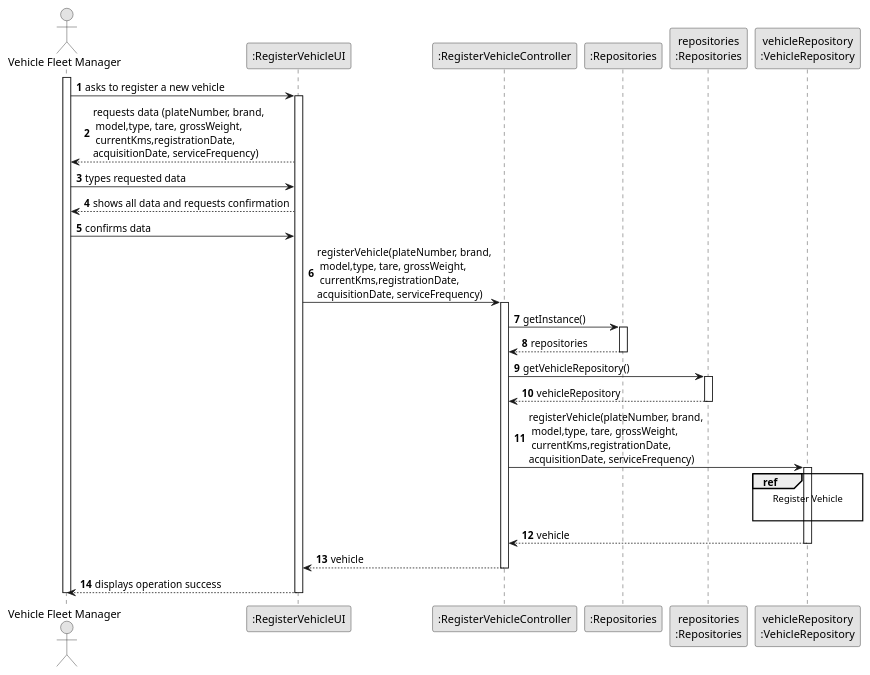
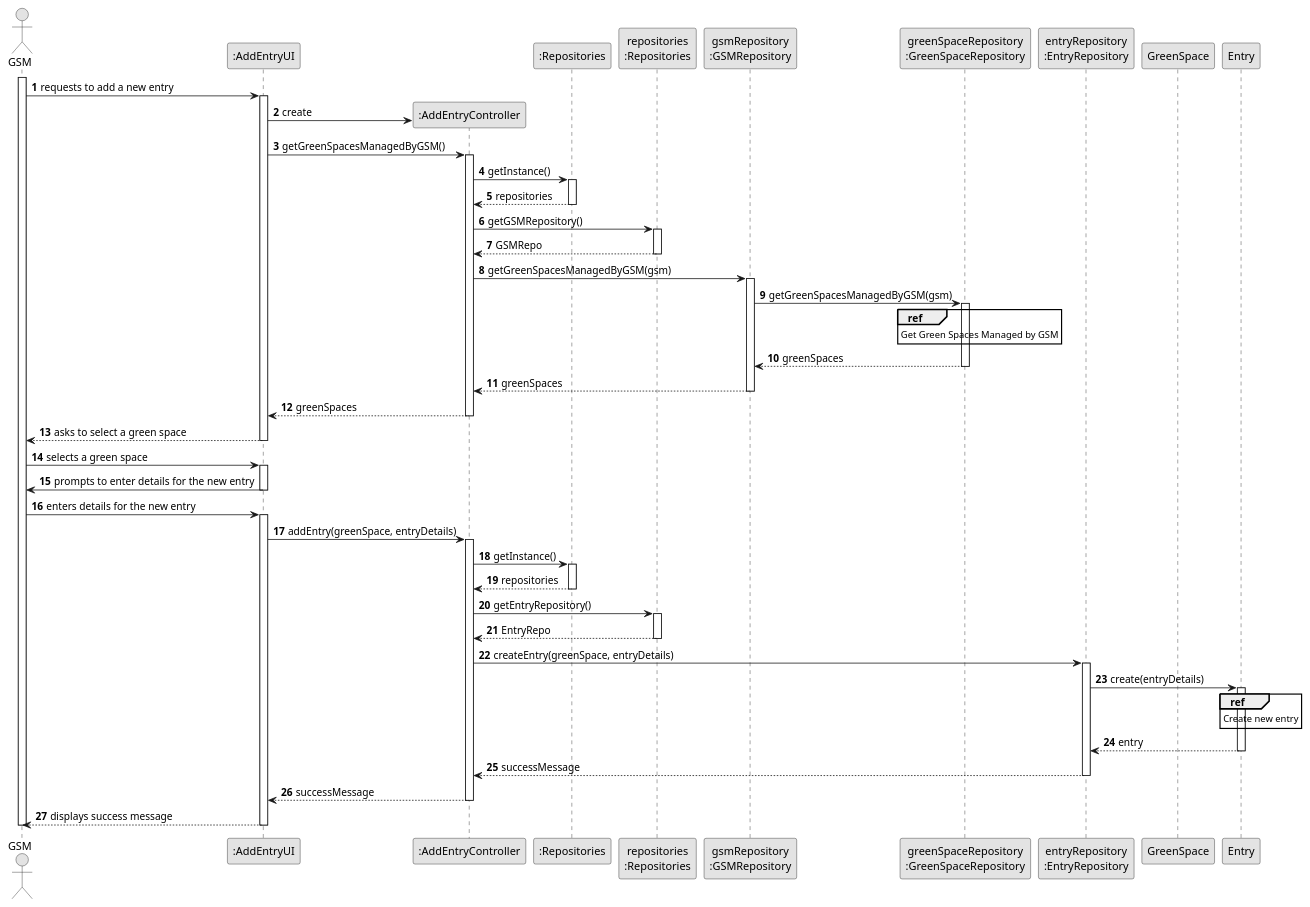
One commit to diogoveirospro/lei-24-s2-1dg-g072 changed the diagram in docs/sprintC/us021/03.design/puml/us021-sequence-diagram-split.puml. Above: the diagram before and after it, drawn with PlantUML. The commit also changed 5 other files, not shown here.

Commit message:
US20 21 and 29 split diagram

```diff
--- a/docs/sprintC/us021/03.design/puml/us021-sequence-diagram-split.puml
+++ b/docs/sprintC/us021/03.design/puml/us021-sequence-diagram-split.puml
@@ -1,61 +1,109 @@
 @startuml
 skinparam monochrome true
 skinparam packageStyle rectangle
 skinparam shadowing false
 
 autonumber
 
-'hide footbox
-actor "Vehicle Fleet Manager" as ADM
-participant ":RegisterVehicleUI" as UI
-participant ":RegisterVehicleController" as CTRL
+actor "GSM" as GSM
+participant ":AddEntryUI" as UI
+participant ":AddEntryController" as CTRL
 participant ":Repositories" as RepositorySingleton
-participant "repositories\n:Repositories" as PLAT
-participant "vehicleRepository\n:VehicleRepository" as VehicleRepository
-activate ADM
+participant "repositories\n:Repositories" as REP
+participant "gsmRepository\n:GSMRepository" as GSMRepo
+participant "greenSpaceRepository\n:GreenSpaceRepository" as GreenSpaceRepo
+participant "entryRepository\n:EntryRepository" as EntryRepo
+participant "GreenSpace" as GreenSpace
+participant "Entry" as Entry
 
-        ADM -> UI : asks to register a new vehicle
+activate GSM
 
-        activate UI
+GSM -> UI : requests to add a new entry
+activate UI
 
-            UI --> ADM : requests data (plateNumber, brand,\n model,type, tare, grossWeight,\n currentKms,registrationDate,\nacquisitionDate, serviceFrequency)
+UI -> CTRL** : create
+UI -> CTRL : getGreenSpacesManagedByGSM()
+    activate CTRL
 
-            ADM -> UI : types requested data
+    CTRL -> RepositorySingleton : getInstance()
+        activate RepositorySingleton
 
-            UI --> ADM : shows all data and requests confirmation
+        RepositorySingleton --> CTRL : repositories
+        deactivate RepositorySingleton
 
-            ADM -> UI : confirms data
+    CTRL -> REP : getGSMRepository()
+        activate REP
 
-            UI -> CTRL : registerVehicle(plateNumber, brand,\n model,type, tare, grossWeight,\n currentKms,registrationDate,\nacquisitionDate, serviceFrequency)
-            activate CTRL
+        REP --> CTRL : GSMRepo
+        deactivate REP
 
-                CTRL -> RepositorySingleton : getInstance()
-                activate RepositorySingleton
+    CTRL -> GSMRepo : getGreenSpacesManagedByGSM(gsm)
+        activate GSMRepo
 
-                    RepositorySingleton --> CTRL: repositories
-                deactivate RepositorySingleton
+        GSMRepo -> GreenSpaceRepo : getGreenSpacesManagedByGSM(gsm)
+            activate GreenSpaceRepo
 
-                CTRL -> PLAT : getVehicleRepository()
-                activate PLAT
+            ref over GreenSpaceRepo
+                Get Green Spaces Managed by GSM
+            end
 
-                    PLAT --> CTRL: vehicleRepository
-                deactivate PLAT
+            GreenSpaceRepo --> GSMRepo : greenSpaces
+        deactivate GreenSpaceRepo
 
-                CTRL -> VehicleRepository : registerVehicle(plateNumber, brand,\n model,type, tare, grossWeight,\n currentKms,registrationDate,\nacquisitionDate, serviceFrequency)
-                activate VehicleRepository
-                ref over VehicleRepository
-                    Register Vehicle
+        GSMRepo --> CTRL : greenSpaces
+    deactivate GSMRepo
 
-                end ref
-                                VehicleRepository --> CTRL : vehicle
+    CTRL --> UI : greenSpaces
+deactivate CTRL
 
-                            deactivate VehicleRepository
+UI --> GSM : asks to select a green space
+deactivate UI
 
-            CTRL --> UI: vehicle
-            deactivate CTRL
-            UI --> ADM: displays operation success
-    deactivate UI
+GSM -> UI : selects a green space
+activate UI
 
-deactivate ADM
+UI -> GSM : prompts to enter details for the new entry
+deactivate UI
 
+GSM -> UI : enters details for the new entry
+activate UI
+
+UI -> CTRL : addEntry(greenSpace, entryDetails)
+    activate CTRL
+
+    CTRL -> RepositorySingleton : getInstance()
+        activate RepositorySingleton
+
+        RepositorySingleton --> CTRL : repositories
+        deactivate RepositorySingleton
+
+    CTRL -> REP : getEntryRepository()
+        activate REP
+
+        REP --> CTRL : EntryRepo
+        deactivate REP
+
+    CTRL -> EntryRepo : createEntry(greenSpace, entryDetails)
+        activate EntryRepo
+
+        EntryRepo -> Entry : create(entryDetails)
+            activate Entry
+
+            ref over Entry
+                Create new entry
+            end
+
+            Entry --> EntryRepo : entry
+        deactivate Entry
+
+        EntryRepo --> CTRL : successMessage
+    deactivate EntryRepo
+
+    CTRL --> UI : successMessage
+deactivate CTRL
+
+UI --> GSM : displays success message
+deactivate UI
+
+deactivate GSM
 @enduml
```
